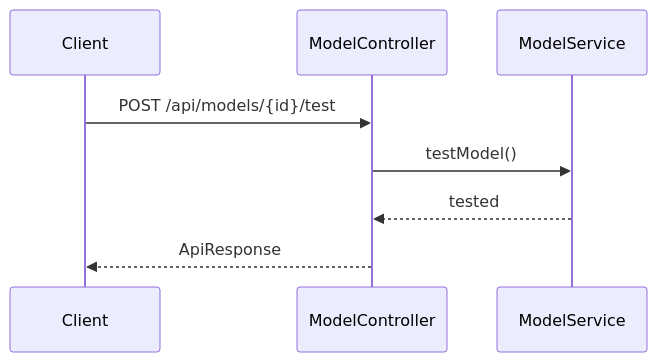
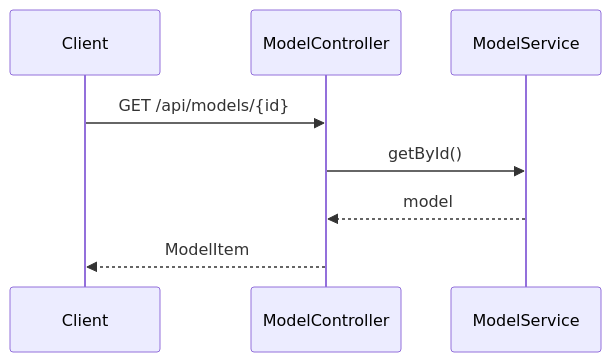
One commit to zhyea/knot changed the sixth of 22 diagrams in docs/tech/开发落地手册-模块详细设计.md. Above: the diagram before and after it, drawn with Mermaid. The commit also changed other lines of this file and 12 other files, not shown here.

````diff
--- a/docs/tech/开发落地手册-模块详细设计.md
+++ b/docs/tech/开发落地手册-模块详细设计.md
@@ -122,10 +120,10 @@
 ```mermaid
 sequenceDiagram
 participant C as Client
 participant MC as ModelController
 participant MS as ModelService
-C->>MC: POST /api/models/{id}/test
-MC->>MS: testModel()
-MS-->>MC: tested
-MC-->>C: ApiResponse
+C->>MC: GET /api/models/{id}
+MC->>MS: getById()
+MS-->>MC: model
+MC-->>C: ModelItem
 ```
````
